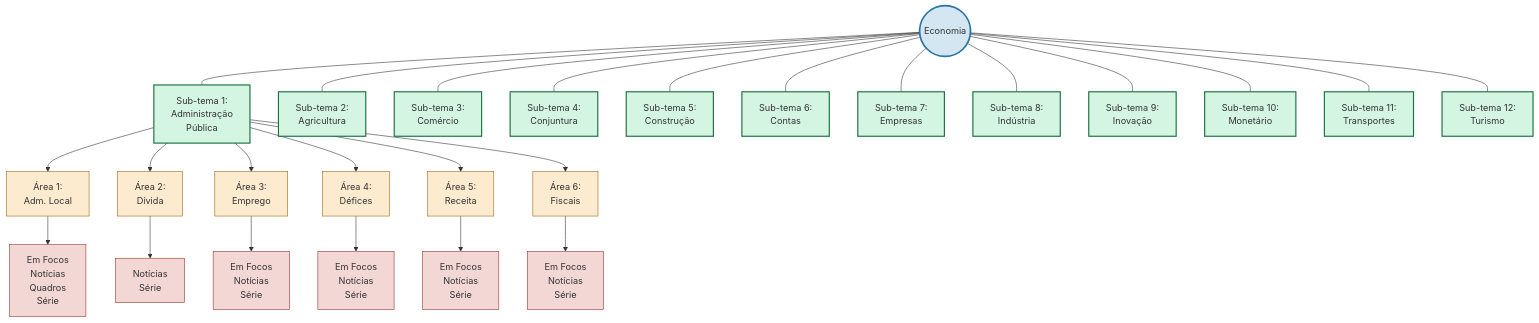
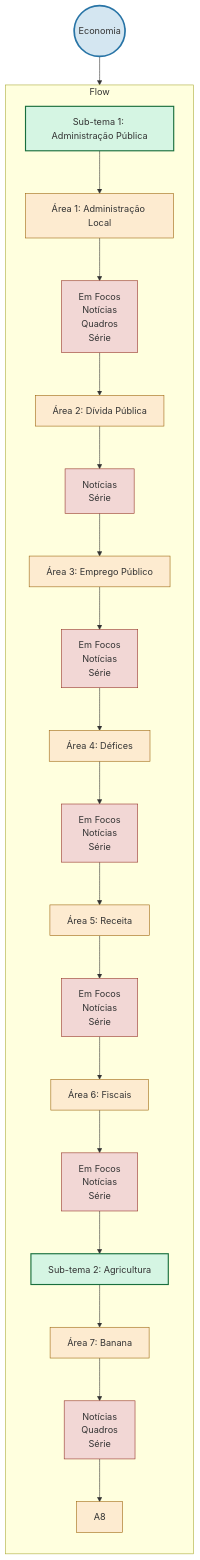
Before and after one commit to joaomendes-ine/drem_dw_db: the diagram in docs/tree_diagram_economia.md, drawn with Mermaid.

Commit message:
Teste da estrutura na vertical

````diff
--- a/docs/tree_diagram_economia.md
+++ b/docs/tree_diagram_economia.md
@@ -1,51 +1,43 @@
 ```mermaid
-graph TD
-    %% Main Node
+graph TB
+    %% Main Theme
     E((Economia))
     
-    %% Level 1 - Sub-temas
-    E --- ST1[Sub-tema 1:<br>Administração<br>Pública]
-    E --- ST2[Sub-tema 2:<br>Agricultura]
-    E --- ST3[Sub-tema 3:<br>Comércio]
-    E --- ST4[Sub-tema 4:<br>Conjuntura]
-    E --- ST5[Sub-tema 5:<br>Construção]
-    E --- ST6[Sub-tema 6:<br>Contas]
-    E --- ST7[Sub-tema 7:<br>Empresas]
-    E --- ST8[Sub-tema 8:<br>Indústria]
-    E --- ST9[Sub-tema 9:<br>Inovação]
-    E --- ST10[Sub-tema 10:<br>Monetário]
-    E --- ST11[Sub-tema 11:<br>Transportes]
-    E --- ST12[Sub-tema 12:<br>Turismo]
+    %% Flow direction setup
+    E --> Flow
 
-    %% Sub-tema 1 branches
-    ST1 --> A1[Área 1:<br>Adm. Local]
-    A1 --> A1F[Em Focos<br>Notícias<br>Quadros<br>Série]
-    ST1 --> A2[Área 2:<br>Dívida]
-    A2 --> A2F[Notícias<br>Série]
-    ST1 --> A3[Área 3:<br>Emprego]
-    A3 --> A3F[Em Focos<br>Notícias<br>Série]
-    ST1 --> A4[Área 4:<br>Défices]
-    A4 --> A4F[Em Focos<br>Notícias<br>Série]
-    ST1 --> A5[Área 5:<br>Receita]
-    A5 --> A5F[Em Focos<br>Notícias<br>Série]
-    ST1 --> A6[Área 6:<br>Fiscais]
-    A6 --> A6F[Em Focos<br>Notícias<br>Série]
+    %% Sequential flow
+    subgraph Flow
+        direction TB
+        %% Sub-tema 1
+        ST1[Sub-tema 1: Administração Pública] --> A1
+        A1[Área 1: Administração Local] --> A1F[Em Focos<br>Notícias<br>Quadros<br>Série]
+        A1F --> A2
+        A2[Área 2: Dívida Pública] --> A2F[Notícias<br>Série]
+        A2F --> A3
+        A3[Área 3: Emprego Público] --> A3F[Em Focos<br>Notícias<br>Série]
+        A3F --> A4
+        A4[Área 4: Défices] --> A4F[Em Focos<br>Notícias<br>Série]
+        A4F --> A5
+        A5[Área 5: Receita] --> A5F[Em Focos<br>Notícias<br>Série]
+        A5F --> A6
+        A6[Área 6: Fiscais] --> A6F[Em Focos<br>Notícias<br>Série]
 
-    %% Continue for all areas...
-    %% [Previous code truncated for brevity - continues with same pattern]
+        %% Transition to next sub-tema
+        A6F --> ST2[Sub-tema 2: Agricultura]
+        ST2 --> A7
+        A7[Área 7: Banana] --> A7F[Notícias<br>Quadros<br>Série]
+        A7F --> A8
+    end
 
     %% Styling
-    classDef default fill:#f9f9f9,stroke:#333,stroke-width:1px
     classDef tema fill:#d4e6f1,stroke:#2874a6,stroke-width:3px
     classDef subtema fill:#d5f5e3,stroke:#196f3d,stroke-width:2px
     classDef area fill:#fdebd0,stroke:#9c640c,stroke-width:1px
     classDef files fill:#f2d7d5,stroke:#943126,stroke-width:1px
 
     class E tema
-    class ST1,ST2,ST3,ST4,ST5,ST6,ST7,ST8,ST9,ST10,ST11,ST12 subtema
-    class A1,A2,A3,A4,A5,A6 area
-    class A1F,A2F,A3F,A4F,A5F,A6F files
-
-    %% Layout direction
-    direction TB
+    class ST1,ST2 subtema
+    class A1,A2,A3,A4,A5,A6,A7,A8 area
+    class A1F,A2F,A3F,A4F,A5F,A6F,A7F files
 ```
````
